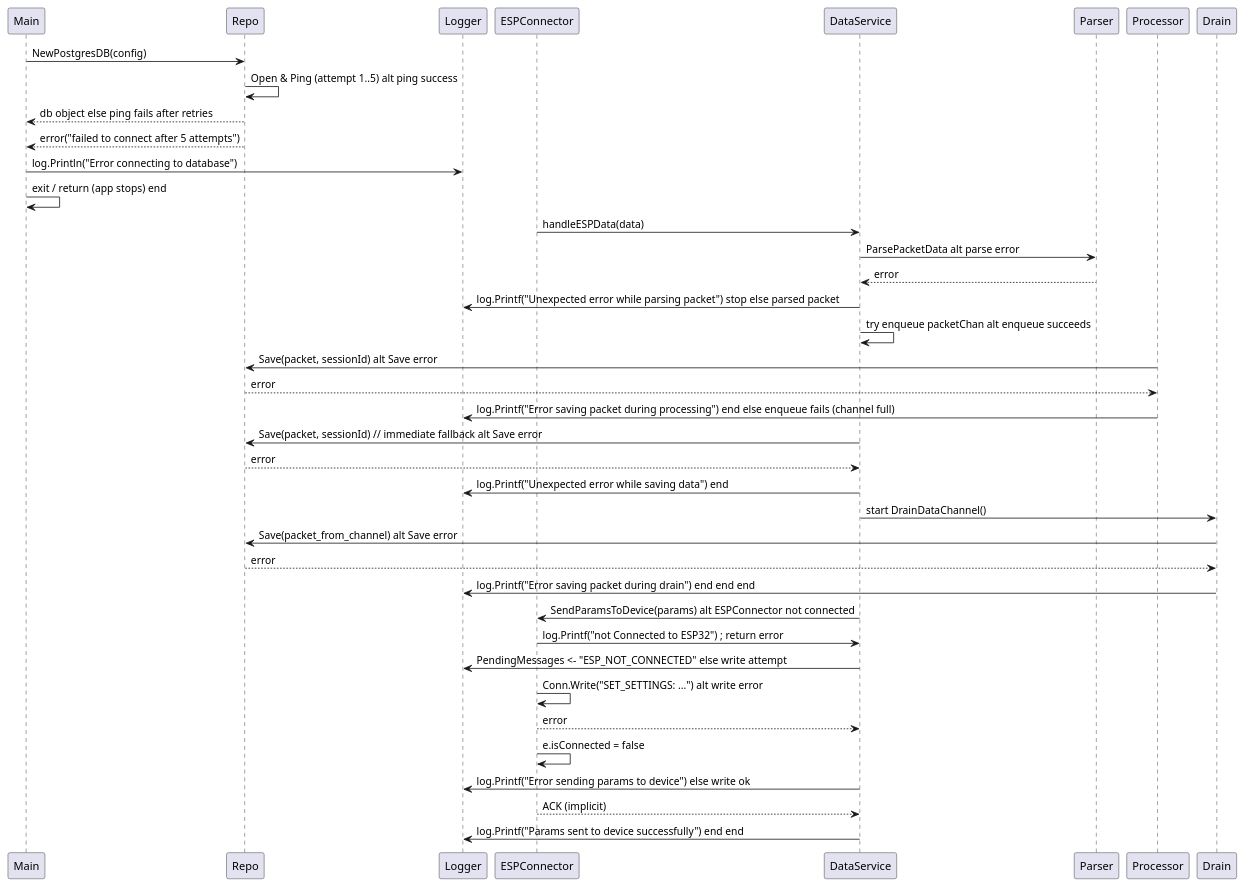
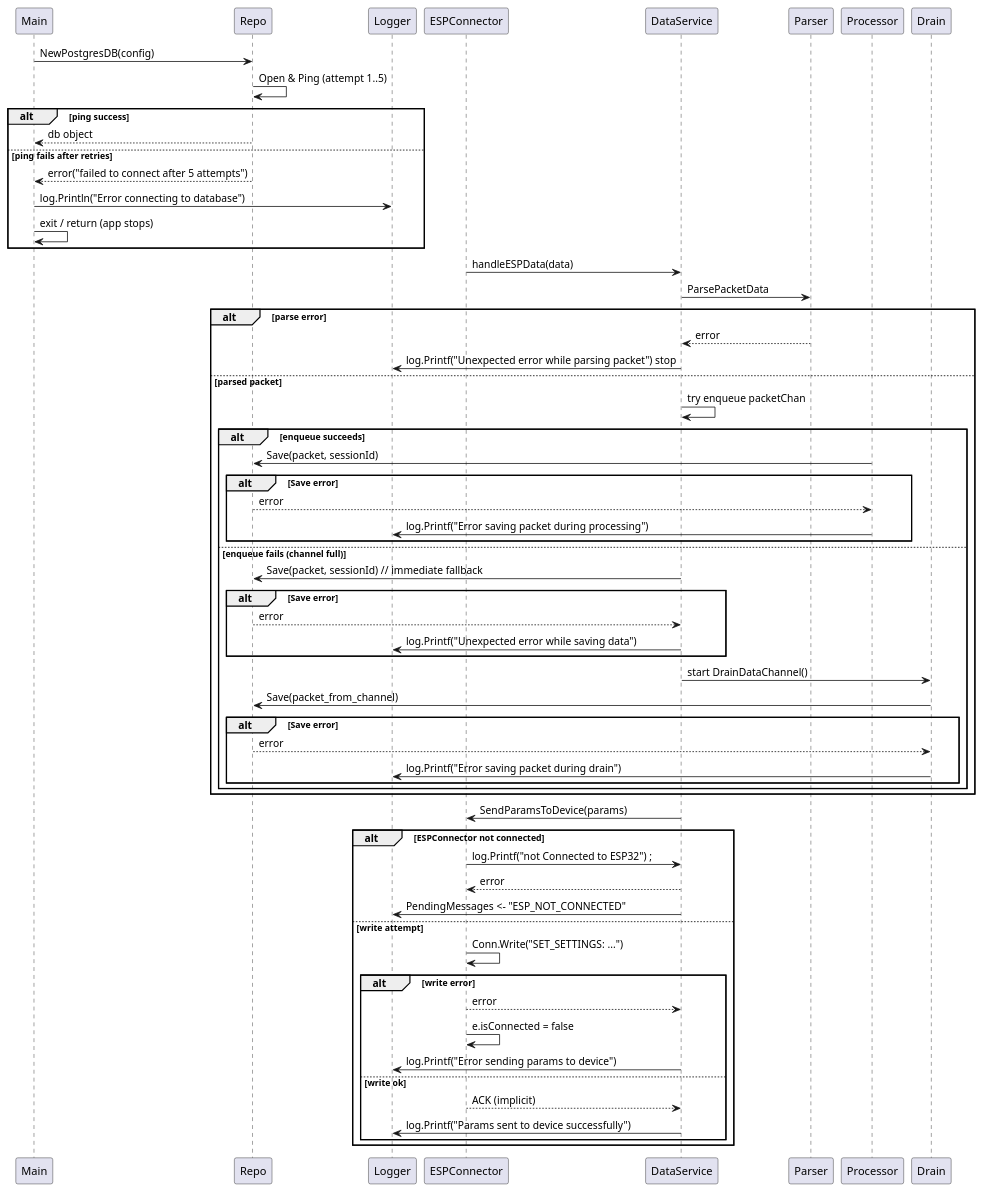
Before and after one commit to RedBlackHoodie/GsmLoraServer: the diagram in doc/errs.puml, drawn with PlantUML. The commit also changed 5 other files, not shown here.

```diff
--- a/doc/errs.puml
+++ b/doc/errs.puml
@@ -1,35 +1,57 @@
 @startuml title Error handling: DB, parsing, channel fallback, device write errors actor Main participant "PostgresRepo" as Repo participant "DataService" as DataService participant "PacketParser" as Parser participant "ESPConnector" as ESPConnector participant "processPackets goroutine" as Processor participant "DrainDataChannel goroutine" as Drain participant Logger
 
 Main -> Repo: NewPostgresDB(config)
-Repo -> Repo: Open & Ping (attempt 1..5) alt ping success
-Repo --> Main: db object else ping fails after retries
+Repo -> Repo: Open & Ping (attempt 1..5)
+alt ping success
+Repo --> Main: db object
+else ping fails after retries
 Repo --> Main: error("failed to connect after 5 attempts")
 Main -> Logger: log.Println("Error connecting to database")
-Main -> Main: exit / return (app stops) end
+Main -> Main: exit / return (app stops)
+end
 
 ESPConnector -> DataService: handleESPData(data)
-DataService -> Parser: ParsePacketData alt parse error
+DataService -> Parser: ParsePacketData
+alt parse error
 Parser --> DataService: error
-DataService -> Logger: log.Printf("Unexpected error while parsing packet") stop else parsed packet
-DataService -> DataService: try enqueue packetChan alt enqueue succeeds
-Processor -> Repo: Save(packet, sessionId) alt Save error
+DataService -> Logger: log.Printf("Unexpected error while parsing packet") stop
+else parsed packet
+DataService -> DataService: try enqueue packetChan
+alt enqueue succeeds
+Processor -> Repo: Save(packet, sessionId)
+alt Save error
 Repo --> Processor: error
-Processor -> Logger: log.Printf("Error saving packet during processing") end else enqueue fails (channel full)
-DataService -> Repo: Save(packet, sessionId) // immediate fallback alt Save error
+Processor -> Logger: log.Printf("Error saving packet during processing")
+end
+else enqueue fails (channel full)
+DataService -> Repo: Save(packet, sessionId) // immediate fallback
+alt Save error
 Repo --> DataService: error
-DataService -> Logger: log.Printf("Unexpected error while saving data") end
+DataService -> Logger: log.Printf("Unexpected error while saving data")
+end
 DataService -> Drain: start DrainDataChannel()
-Drain -> Repo: Save(packet_from_channel) alt Save error
+Drain -> Repo: Save(packet_from_channel)
+alt Save error
 Repo --> Drain: error
-Drain -> Logger: log.Printf("Error saving packet during drain") end end end
+Drain -> Logger: log.Printf("Error saving packet during drain")
+end
+end
+end
 
-DataService -> ESPConnector: SendParamsToDevice(params) alt ESPConnector not connected
-ESPConnector -> DataService: log.Printf("not Connected to ESP32") ; return error
-DataService -> Logger: PendingMessages <- "ESP_NOT_CONNECTED" else write attempt
-ESPConnector -> ESPConnector: Conn.Write("SET_SETTINGS: ...") alt write error
+DataService -> ESPConnector: SendParamsToDevice(params)
+alt ESPConnector not connected
+ESPConnector -> DataService: log.Printf("not Connected to ESP32") ;
+return error
+DataService -> Logger: PendingMessages <- "ESP_NOT_CONNECTED"
+else write attempt
+ESPConnector -> ESPConnector: Conn.Write("SET_SETTINGS: ...")
+alt write error
 ESPConnector --> DataService: error
 ESPConnector -> ESPConnector: e.isConnected = false
-DataService -> Logger: log.Printf("Error sending params to device") else write ok
+DataService -> Logger: log.Printf("Error sending params to device")
+else write ok
 ESPConnector --> DataService: ACK (implicit)
-DataService -> Logger: log.Printf("Params sent to device successfully") end end
+DataService -> Logger: log.Printf("Params sent to device successfully")
+end
+end
 @enduml
```
